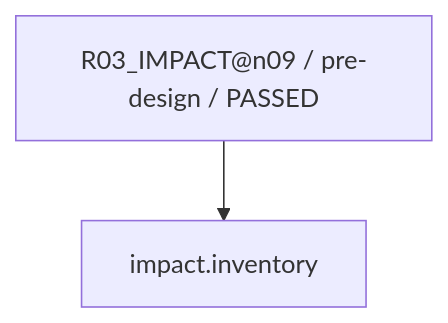
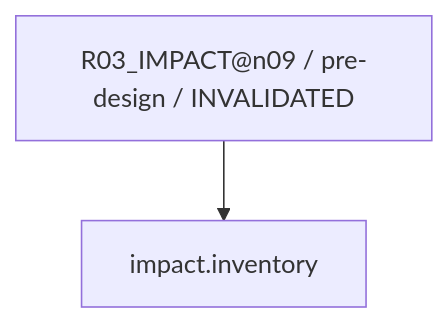
Before and after one commit to rrikunagasige-dot/kyotsu-step-web: the fourth of 30 diagrams in work/items/W-MATH-034-n09-n10-guided-design/generated/CAPABILITY_FIRE_DIAGRAM.md, drawn with Mermaid. The commit also changed other lines of this file and 266 other files, not shown here.

````diff
--- a/work/items/W-MATH-034-n09-n10-guided-design/generated/CAPABILITY_FIRE_DIAGRAM.md
+++ b/work/items/W-MATH-034-n09-n10-guided-design/generated/CAPABILITY_FIRE_DIAGRAM.md
@@ -60,6 +60,6 @@
 ```mermaid
 flowchart TD
-  N0["R03_IMPACT@n09 / pre-design / PASSED"]
+  N0["R03_IMPACT@n09 / pre-design / INVALIDATED"]
   N1["impact.inventory"]
   N0 --> N1
 ```
````
